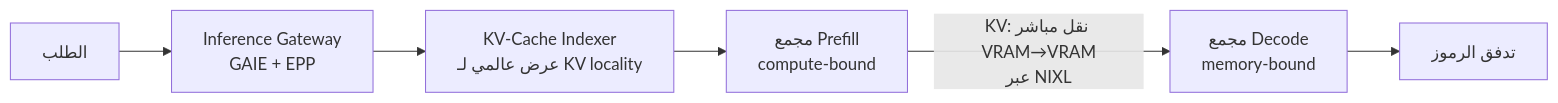
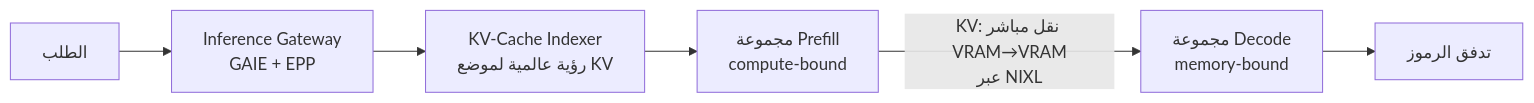
The first of 2 diagrams in _posts/ar/llmops/2026-06-20-llm-d-distributed-inference-heterogeneous-accelerators.md (ThakiCloud/thakicloud.github.io), drawn with Mermaid before and after one commit. The commit also changed other lines of this file and 2 other files, not shown here.

````diff
--- a/_posts/ar/llmops/2026-06-20-llm-d-distributed-inference-heterogeneous-accelerators.md
+++ b/_posts/ar/llmops/2026-06-20-llm-d-distributed-inference-heterogeneous-accelerators.md
@@ -57,8 +60,8 @@
 ```mermaid
 flowchart LR
     A["الطلب"] --> B["Inference Gateway<br/>GAIE + EPP"]
-    B --> C["KV-Cache Indexer<br/>عرض عالمي لـ KV locality"]
-    C --> D["مجمع Prefill<br/>compute-bound"]
-    D -- "KV: نقل مباشر VRAM→VRAM<br/>عبر NIXL" --> E["مجمع Decode<br/>memory-bound"]
+    B --> C["KV-Cache Indexer<br/>رؤية عالمية لموضع KV"]
+    C --> D["مجموعة Prefill<br/>compute-bound"]
+    D -- "KV: نقل مباشر VRAM→VRAM<br/>عبر NIXL" --> E["مجموعة Decode<br/>memory-bound"]
     E --> F["تدفق الرموز"]
 ```
````
